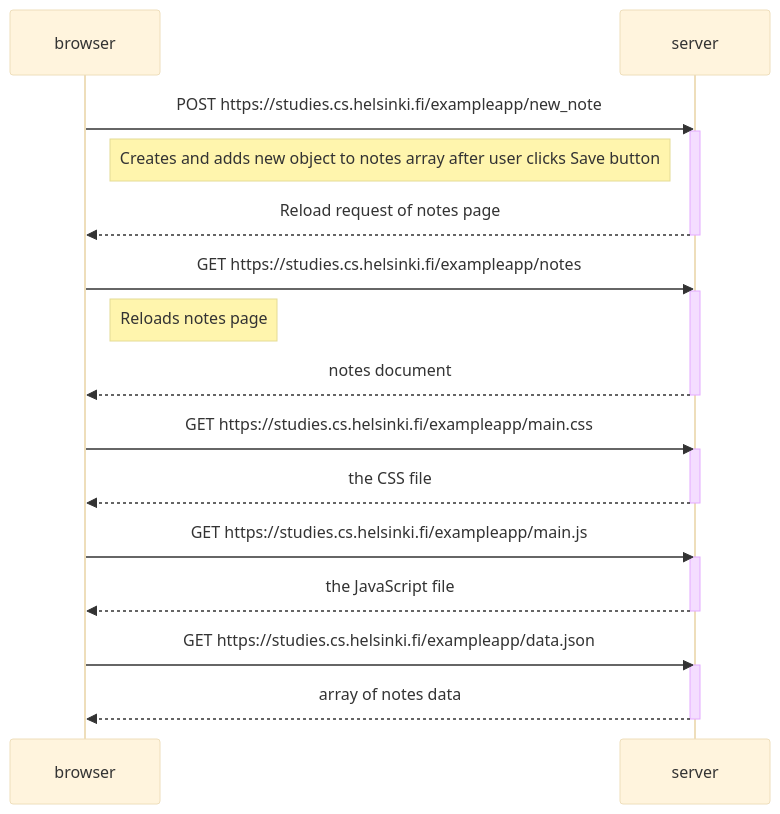
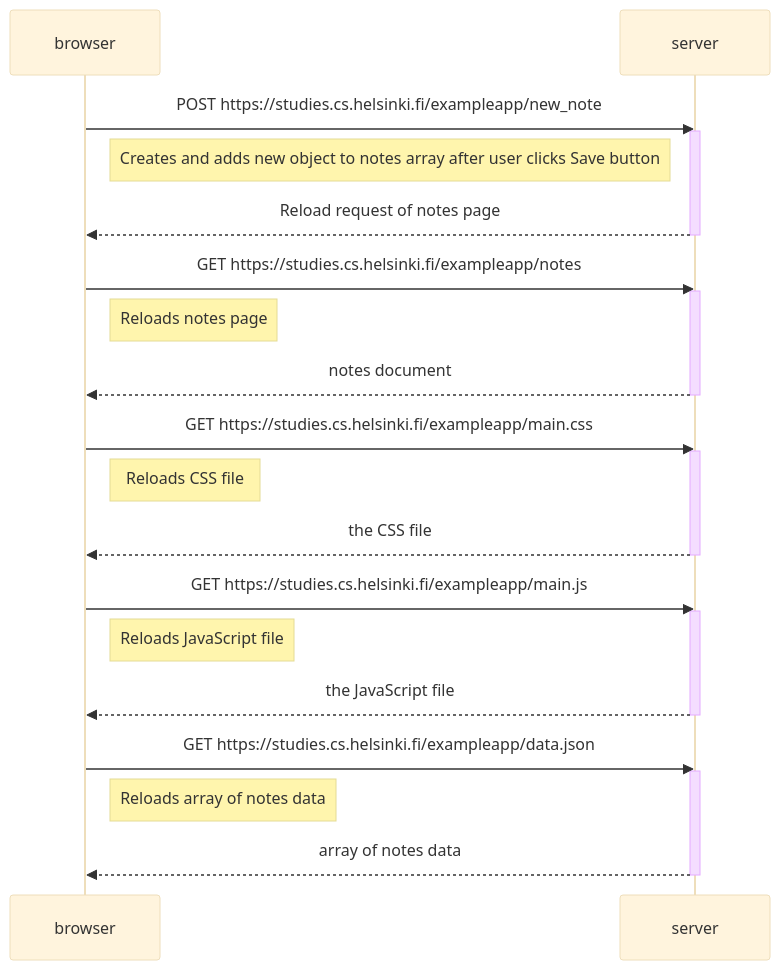
One commit to MRodriguez-M/full-stack-open-exercises changed the diagram in part0/exercise_0.4.md. Above: the diagram before and after it, drawn with Mermaid (base theme).

Commit message:
Added notes to each step

````diff
--- a/part0/exercise_0.4.md
+++ b/part0/exercise_0.4.md
@@ -1,32 +1,35 @@
 ```mermaid
 sequenceDiagram
     participant browser
     participant server
 
     browser->>server: POST https://studies.cs.helsinki.fi/exampleapp/new_note
     activate server
     Note right of browser: Creates and adds new object to notes array after user clicks Save button
     server-->>browser: Reload request of notes page
     deactivate server
 
     browser->>server: GET https://studies.cs.helsinki.fi/exampleapp/notes
     activate server
     Note right of browser: Reloads notes page
     server-->>browser: notes document
     deactivate server
 
     browser->>server: GET https://studies.cs.helsinki.fi/exampleapp/main.css
     activate server
+    Note right of browser: Reloads CSS file
     server-->>browser: the CSS file
     deactivate server
 
     browser->>server: GET https://studies.cs.helsinki.fi/exampleapp/main.js
     activate server
+    Note right of browser: Reloads JavaScript file
     server-->>browser: the JavaScript file
     deactivate server
 
     browser->>server: GET https://studies.cs.helsinki.fi/exampleapp/data.json
     activate server
+    Note right of browser: Reloads array of notes data
     server-->>browser: array of notes data
     deactivate server
 ```
````
